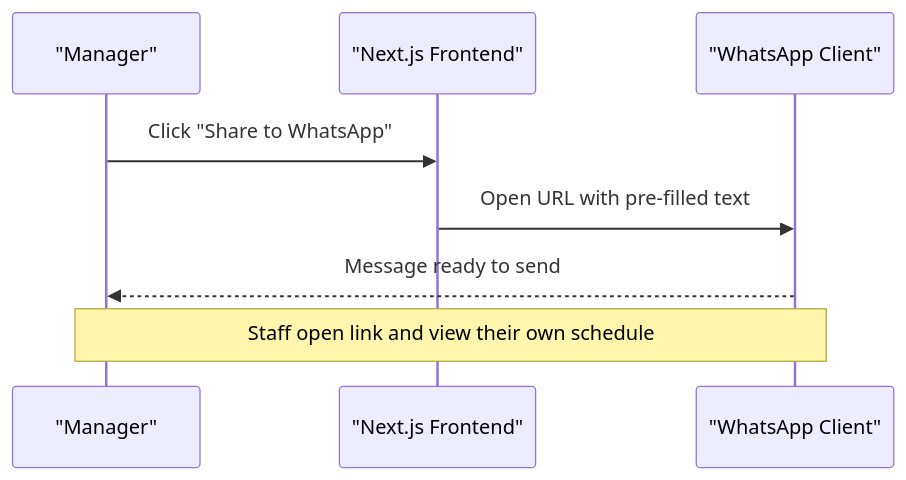
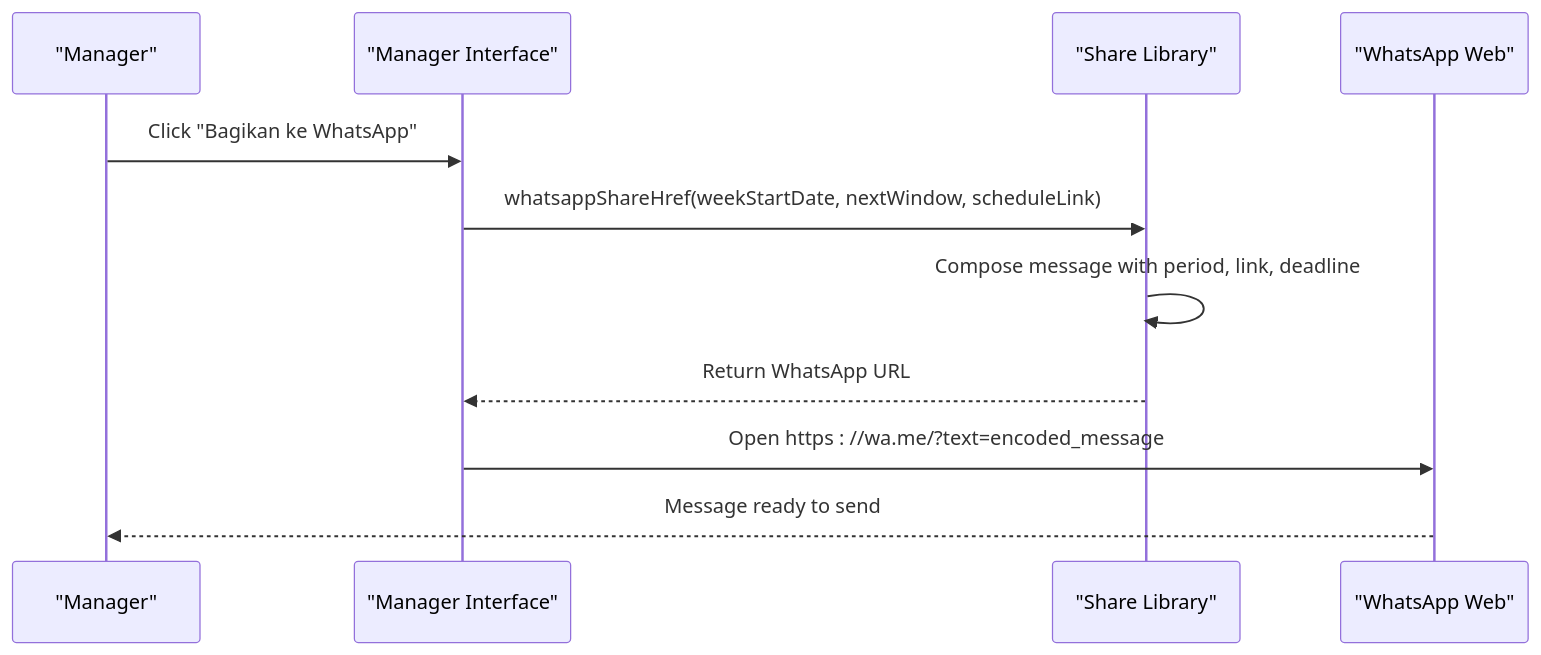
One commit to epo33m/scheduling changed the sixth of 8 diagrams in .qoder/repowiki/en/content/Product Requirements Document/Functional Specifications/Publishing Module (F6).md. Above: the diagram before and after it, drawn with Mermaid. The commit also changed other lines of this file and 77 other files, not shown here.

````diff
--- a/.qoder/repowiki/en/content/Product Requirements Document/Functional Specifications/Publishing Module (F6).md
+++ b/.qoder/repowiki/en/content/Product Requirements Document/Functional Specifications/Publishing Module (F6).md
@@ -202,10 +253,13 @@
 ```mermaid
 sequenceDiagram
 participant Manager as "Manager"
-participant Frontend as "Next.js Frontend"
-participant WhatsApp as "WhatsApp Client"
-Manager->>Frontend : Click "Share to WhatsApp"
-Frontend->>WhatsApp : Open URL with pre-filled text
+participant UI as "Manager Interface"
+participant ShareLib as "Share Library"
+participant WhatsApp as "WhatsApp Web"
+Manager->>UI : Click "Bagikan ke WhatsApp"
+UI->>ShareLib : whatsappShareHref(weekStartDate, nextWindow, scheduleLink)
+ShareLib->>ShareLib : Compose message with period, link, deadline
+ShareLib-->>UI : Return WhatsApp URL
+UI->>WhatsApp : Open https : //wa.me/?text=encoded_message
 WhatsApp-->>Manager : Message ready to send
-Note over Manager,WhatsApp : Staff open link and view their own schedule
 ```
````
